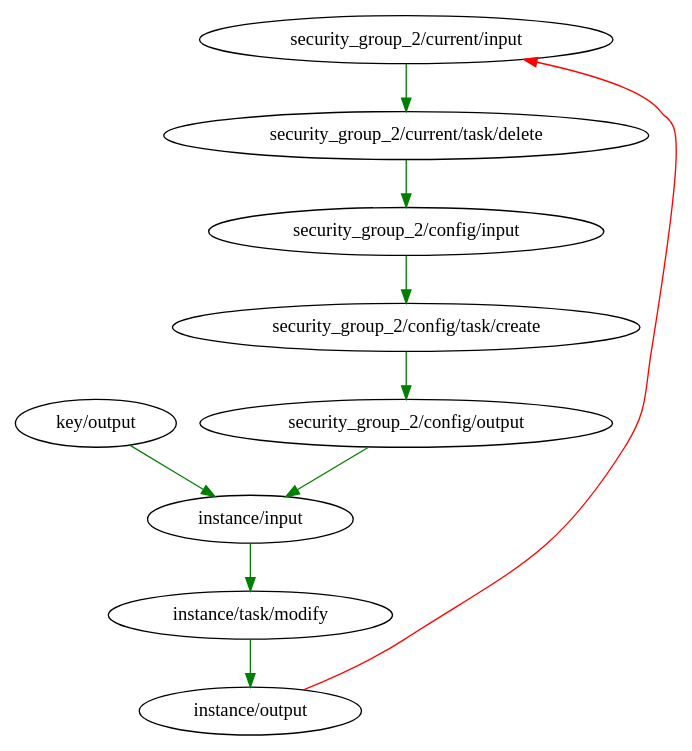
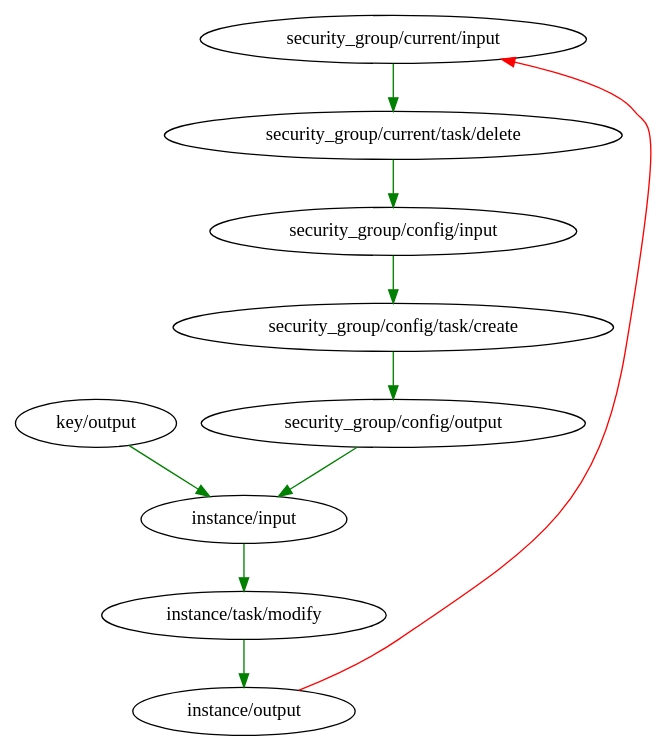
The diagram in statey/graphs/invalid.gv (cfeenstra67/infra-as-code-complex-deps), drawn with Graphviz before and after one commit. The commit also changed 6 other files, not shown here.

Commit message:
update graphs

```diff
--- a/statey/graphs/invalid.gv
+++ b/statey/graphs/invalid.gv
@@ -1,20 +1,20 @@
 digraph {
 	"key/output"
-	"security_group_2/current/input"
-	"security_group_2/current/task/delete"
-	"security_group_2/config/input"
-	"security_group_2/config/output"
-	"security_group_2/config/task/create"
+	"security_group/current/input"
+	"security_group/current/task/delete"
+	"security_group/config/input"
+	"security_group/config/output"
+	"security_group/config/task/create"
 	"instance/input"
 	"instance/output"
 	"instance/task/modify"
 	"key/output" -> "instance/input" [color=green]
-	"security_group_2/current/input" -> "security_group_2/current/task/delete" [color=green]
-	"security_group_2/current/task/delete" -> "security_group_2/config/input" [color=green]
-	"security_group_2/config/input" -> "security_group_2/config/task/create" [color=green]
-	"security_group_2/config/output" -> "instance/input" [color=green]
-	"security_group_2/config/task/create" -> "security_group_2/config/output" [color=green]
+	"security_group/current/input" -> "security_group/current/task/delete" [color=green]
+	"security_group/current/task/delete" -> "security_group/config/input" [color=green]
+	"security_group/config/input" -> "security_group/config/task/create" [color=green]
+	"security_group/config/output" -> "instance/input" [color=green]
+	"security_group/config/task/create" -> "security_group/config/output" [color=green]
 	"instance/input" -> "instance/task/modify" [color=green]
-	"instance/output" -> "security_group_2/current/input" [color=red constraint=false]
+	"instance/output" -> "security_group/current/input" [color=red constraint=false]
 	"instance/task/modify" -> "instance/output" [color=green]
 }
```
